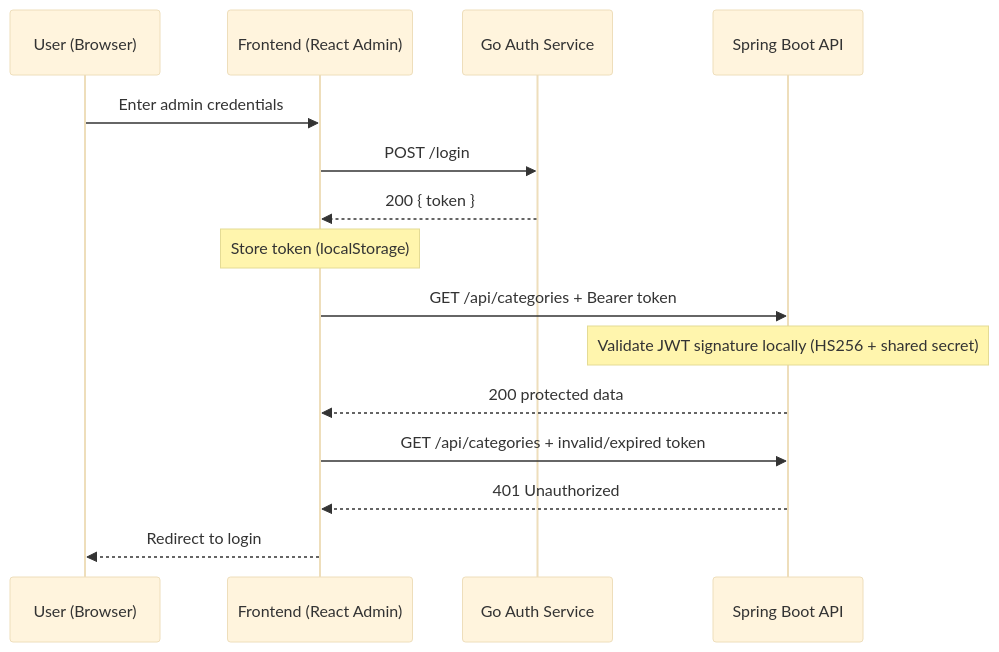
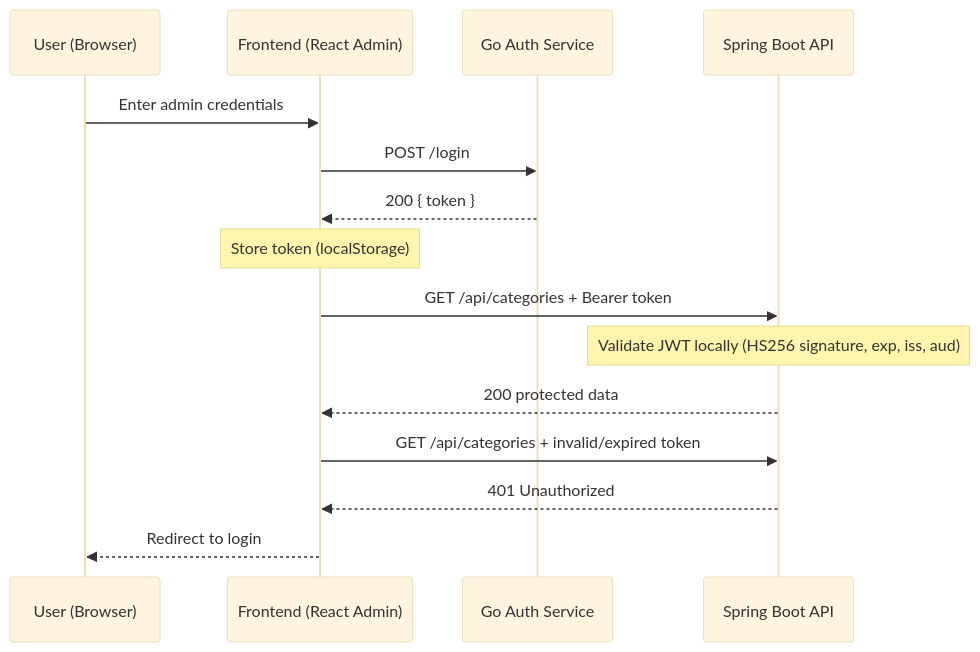
One commit to alicengalice/go-auth-service changed the diagram in README.md. Above: the diagram before and after it, drawn with Mermaid (base theme). The commit also changed other lines of this file and 2 other files, not shown here.

Commit message:
docs: document config, responses and token claims; update .env.example to have blank secret instead of hardcoded

````diff
--- a/README.md
+++ b/README.md
@@ -60,21 +117,21 @@
 ```mermaid
 sequenceDiagram
     participant U as User (Browser)
     participant FE as Frontend (React Admin)
     participant GO as Go Auth Service
     participant SB as Spring Boot API
 
     U->>FE: Enter admin credentials
     FE->>GO: POST /login
     GO-->>FE: 200 { token }
 
     Note over FE: Store token (localStorage)
 
     FE->>SB: GET /api/categories + Bearer token
-    Note over SB: Validate JWT signature locally (HS256 + shared secret)
+    Note over SB: Validate JWT locally (HS256 signature, exp, iss, aud)
     SB-->>FE: 200 protected data
 
     FE->>SB: GET /api/categories + invalid/expired token
     SB-->>FE: 401 Unauthorized
     FE-->>U: Redirect to login
 ```
````
